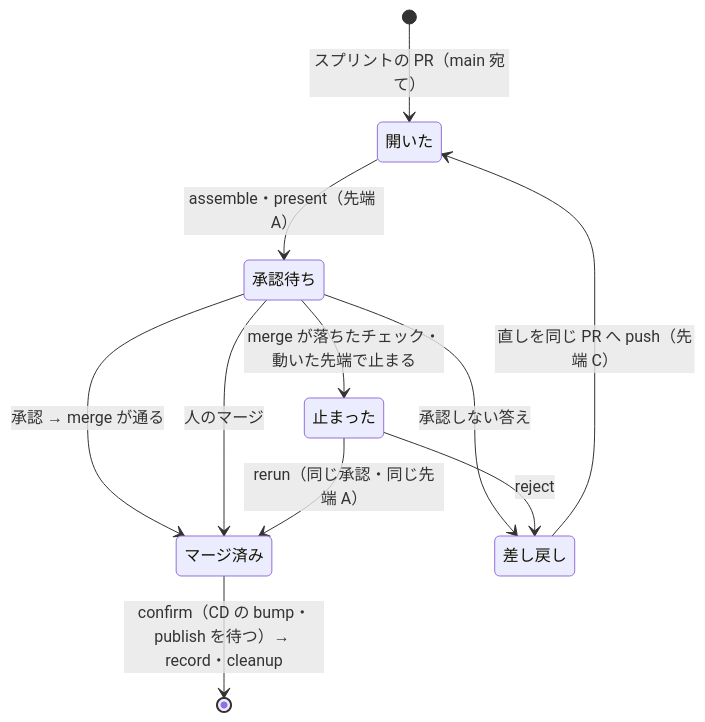
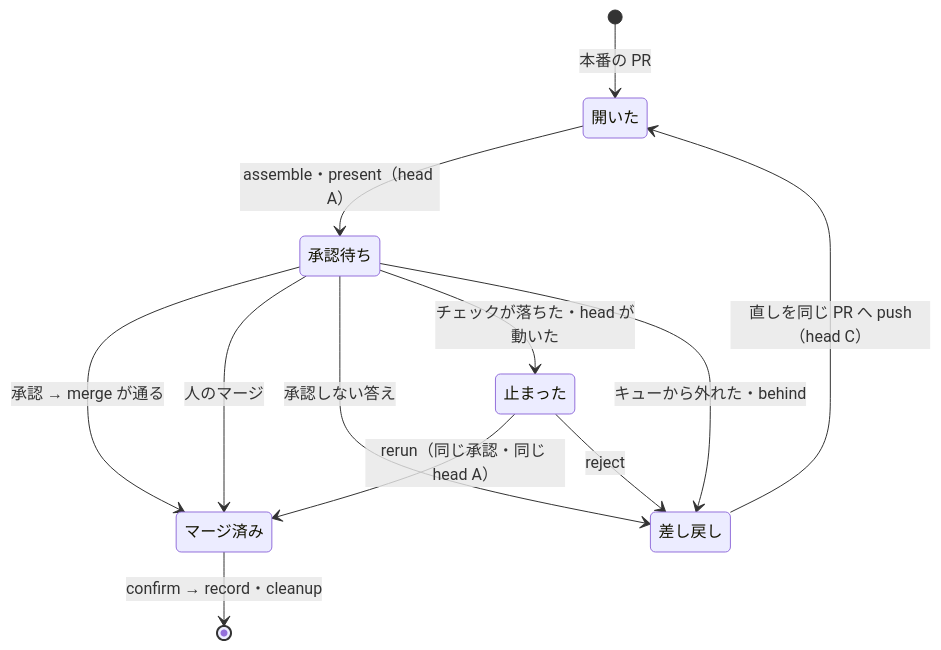
Before and after one commit to devbasex/ai-plugins: the fourth of 4 diagrams in issues/issue-3572-design.md, drawn with Mermaid. The commit also changed other lines of this file and 6 other files, not shown here.

````diff
--- a/issues/issue-3572-design.md
+++ b/issues/issue-3572-design.md
@@ -452,13 +416,14 @@
 ```mermaid
 stateDiagram-v2
-    [*] --> 開いた: スプリントの PR（main 宛て）
-    開いた --> 承認待ち: assemble・present（先端 A）
+    [*] --> 開いた: 本番の PR
+    開いた --> 承認待ち: assemble・present（head A）
     承認待ち --> マージ済み: 承認 → merge が通る
     承認待ち --> マージ済み: 人のマージ
     承認待ち --> 差し戻し: 承認しない答え
-    承認待ち --> 止まった: merge が落ちたチェック・動いた先端で止まる
-    止まった --> マージ済み: rerun（同じ承認・同じ先端 A）
+    承認待ち --> 止まった: チェックが落ちた・head が動いた
+    承認待ち --> 差し戻し: キューから外れた・behind
+    止まった --> マージ済み: rerun（同じ承認・同じ head A）
     止まった --> 差し戻し: reject
-    差し戻し --> 開いた: 直しを同じ PR へ push（先端 C）
-    マージ済み --> [*]: confirm（CD の bump・publish を待つ）→ record・cleanup
+    差し戻し --> 開いた: 直しを同じ PR へ push（head C）
+    マージ済み --> [*]: confirm → record・cleanup
 ```
````
